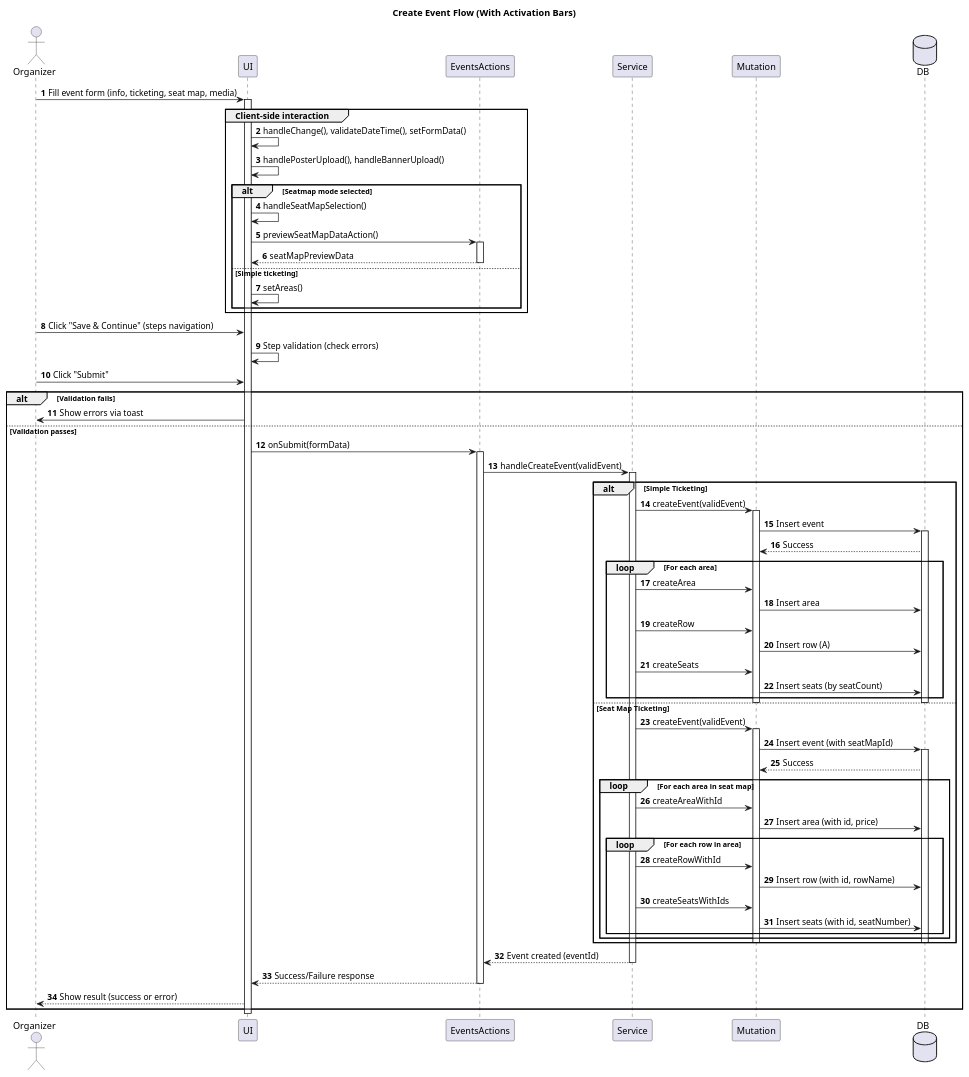
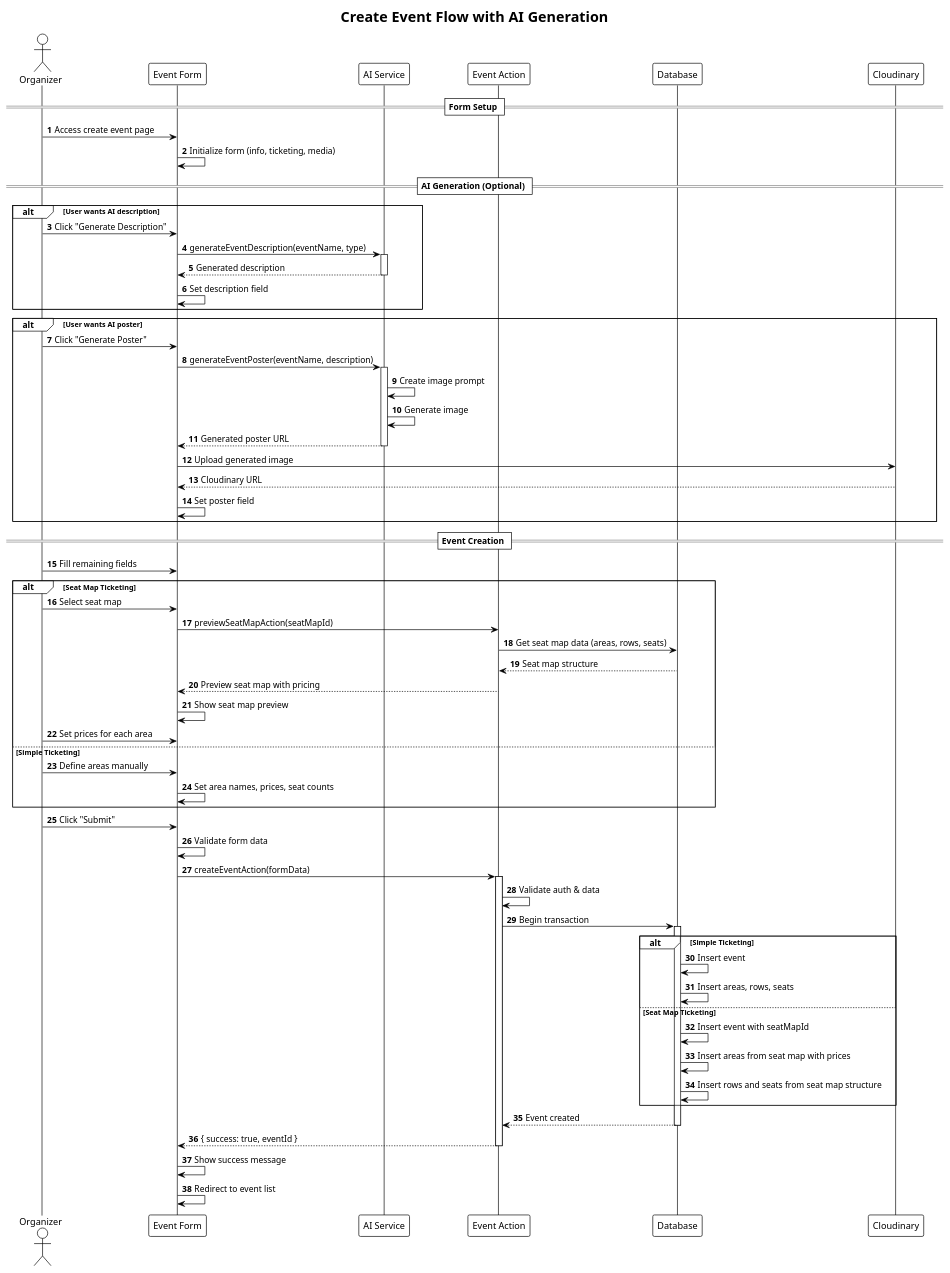
The first of 2 diagrams in puml/organizer/create_event_sequence.puml (VieTicket/vieticket-monorepo), drawn with PlantUML before and after one commit. The commit also changed other lines of this file, not shown here.

Commit message:
[OPS-82] update sequence

```diff
--- a/puml/organizer/create_event_sequence.puml
+++ b/puml/organizer/create_event_sequence.puml
@@ -1,85 +1,83 @@
-@startuml
-title Create Event Flow (With Activation Bars)
+@startuml create-event-with-ai
 autonumber
+!theme plain
+title Create Event Flow with AI Generation
+
 actor Organizer
-participant UI
-participant "EventsActions" as Actions
-participant Service
-participant Mutation
-database DB
+participant "Event Form" as Form
+participant "AI Service" as AI
+participant "Event Action" as Action
+participant "Database" as DB
+participant "Cloudinary" as Cloud
 
-Organizer -> UI: Fill event form (info, ticketing, seat map, media) 
-activate UI
+== Form Setup ==
+Organizer -> Form: Access create event page
+Form -> Form: Initialize form (info, ticketing, media)
 
-group Client-side interaction
-    UI -> UI: handleChange(), validateDateTime(), setFormData()
-    UI -> UI: handlePosterUpload(), handleBannerUpload()
-
-    alt Seatmap mode selected
-        UI -> UI: handleSeatMapSelection()
-        UI -> Actions: previewSeatMapDataAction()
-        activate Actions
-        Actions --> UI: seatMapPreviewData
-        deactivate Actions
-    else Simple ticketing
-        UI -> UI: setAreas()
-    end
+== AI Generation (Optional) ==
+alt User wants AI description
+    Organizer -> Form: Click "Generate Description"
+    Form -> AI: generateEventDescription(eventName, type)
+    activate AI
+    AI --> Form: Generated description
+    deactivate AI
+    Form -> Form: Set description field
 end
 
-Organizer -> UI: Click "Save & Continue" (steps navigation)
-UI -> UI: Step validation (check errors)
-
-Organizer -> UI: Click "Submit"
-alt Validation fails
-    UI -> Organizer: Show errors via toast
-else Validation passes
-    UI -> Actions: onSubmit(formData)
-    activate Actions
-    Actions -> Service: handleCreateEvent(validEvent)
-    activate Service
-
-    alt Simple Ticketing
-        Service -> Mutation: createEvent(validEvent)
-        activate Mutation
-        Mutation -> DB: Insert event
-        activate DB
-        DB --> Mutation: Success
-        loop For each area
-            Service -> Mutation: createArea
-            Mutation -> DB: Insert area
-            Service -> Mutation: createRow
-            Mutation -> DB: Insert row (A)
-            Service -> Mutation: createSeats
-            Mutation -> DB: Insert seats (by seatCount)
-        end
-        deactivate DB
-        deactivate Mutation
-    else Seat Map Ticketing
-        Service -> Mutation: createEvent(validEvent)
-        activate Mutation
-        Mutation -> DB: Insert event (with seatMapId)
-        activate DB
-        DB --> Mutation: Success
-        loop For each area in seat map
-            Service -> Mutation: createAreaWithId
-            Mutation -> DB: Insert area (with id, price)
-            loop For each row in area
-                Service -> Mutation: createRowWithId
-                Mutation -> DB: Insert row (with id, rowName)
-                Service -> Mutation: createSeatsWithIds
-                Mutation -> DB: Insert seats (with id, seatNumber)
-            end
-        end
-        deactivate DB
-        deactivate Mutation
-    end
-
-    Service --> Actions: Event created (eventId)
-    deactivate Service
-    Actions --> UI: Success/Failure response
-    deactivate Actions
-    UI --> Organizer: Show result (success or error)
+alt User wants AI poster
+    Organizer -> Form: Click "Generate Poster"
+    Form -> AI: generateEventPoster(eventName, description)
+    activate AI
+    AI -> AI: Create image prompt
+    AI -> AI: Generate image
+    AI --> Form: Generated poster URL
+    deactivate AI
+    Form -> Cloud: Upload generated image
+    Cloud --> Form: Cloudinary URL
+    Form -> Form: Set poster field
 end
 
-deactivate UI
+== Event Creation ==
+Organizer -> Form: Fill remaining fields
+
+alt Seat Map Ticketing
+    Organizer -> Form: Select seat map
+    Form -> Action: previewSeatMapAction(seatMapId)
+    Action -> DB: Get seat map data (areas, rows, seats)
+    DB --> Action: Seat map structure
+    Action --> Form: Preview seat map with pricing
+    Form -> Form: Show seat map preview
+    Organizer -> Form: Set prices for each area
+else Simple Ticketing
+    Organizer -> Form: Define areas manually
+    Form -> Form: Set area names, prices, seat counts
+end
+
+Organizer -> Form: Click "Submit"
+
+Form -> Form: Validate form data
+Form -> Action: createEventAction(formData)
+
+activate Action
+Action -> Action: Validate auth & data
+Action -> DB: Begin transaction
+activate DB
+
+alt Simple Ticketing
+    DB -> DB: Insert event
+    DB -> DB: Insert areas, rows, seats
+else Seat Map Ticketing  
+    DB -> DB: Insert event with seatMapId
+    DB -> DB: Insert areas from seat map with prices
+    DB -> DB: Insert rows and seats from seat map structure
+end
+
+DB --> Action: Event created
+deactivate DB
+Action --> Form: { success: true, eventId }
+deactivate Action
+
+Form -> Form: Show success message
+Form -> Form: Redirect to event list
+
 @enduml
```
